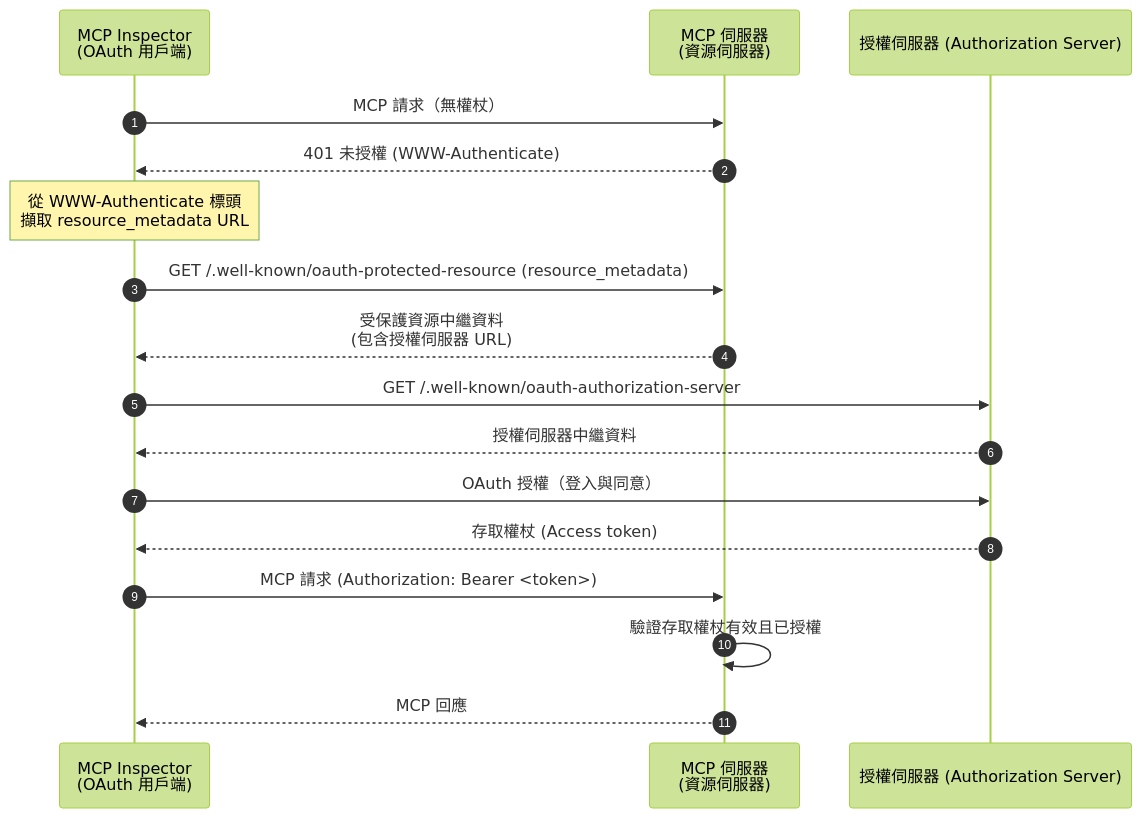
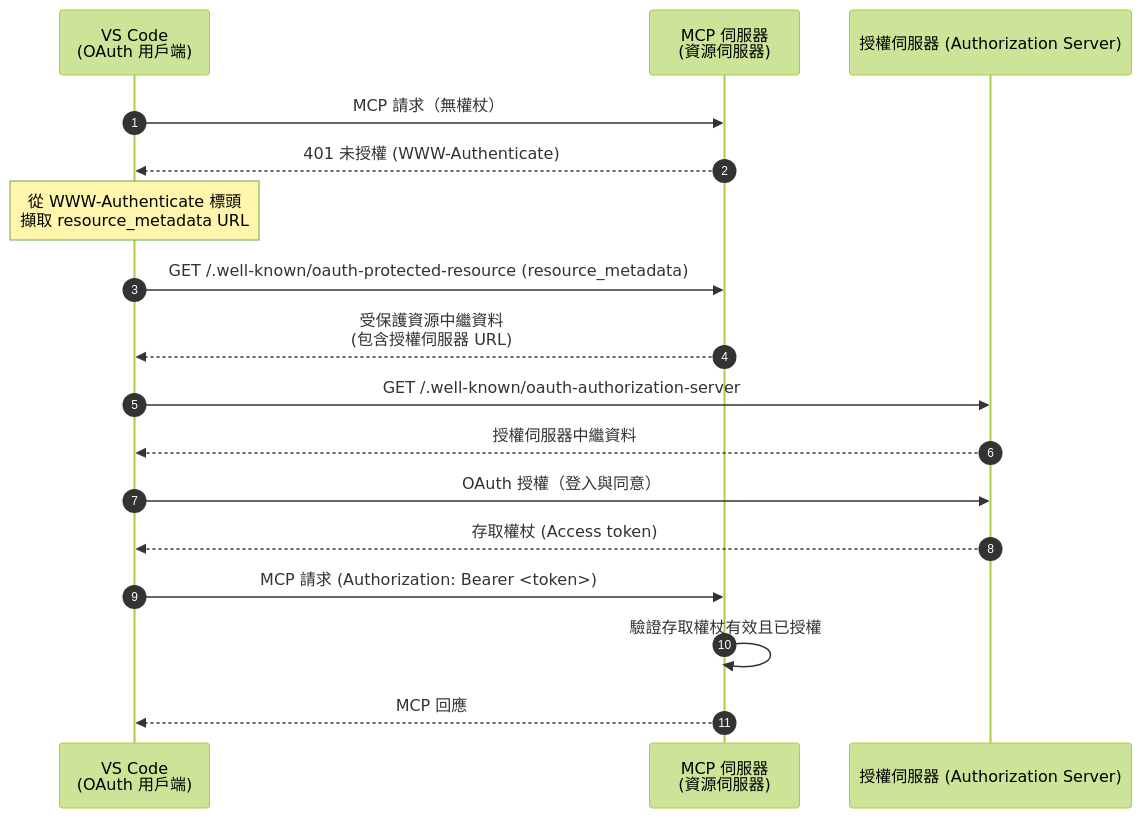
One commit to mcp-auth/docs changed the first of 2 diagrams in i18n/zh-TW/docusaurus-plugin-content-docs/current/tutorials/todo-manager/README.mdx. Above: the diagram before and after it, drawn with Mermaid (forest theme). The commit also changed other lines of this file and 18 other files, not shown here.

````diff
--- a/i18n/zh-TW/docusaurus-plugin-content-docs/current/tutorials/todo-manager/README.mdx
+++ b/i18n/zh-TW/docusaurus-plugin-content-docs/current/tutorials/todo-manager/README.mdx
@@ -39,23 +40,23 @@
 ```mermaid
 sequenceDiagram
   autonumber
-  participant Client as MCP Inspector<br/>(OAuth 用戶端)
+  participant Client as VS Code<br/>(OAuth 用戶端)
   participant RS as MCP 伺服器<br/>(資源伺服器)
   participant AS as 授權伺服器 (Authorization Server)
 
   Client->>RS: MCP 請求（無權杖）
   RS-->>Client: 401 未授權 (WWW-Authenticate)
   Note over Client: 從 WWW-Authenticate 標頭<br/>擷取 resource_metadata URL
 
   Client->>RS: GET /.well-known/oauth-protected-resource (resource_metadata)
   RS-->>Client: 受保護資源中繼資料<br/>(包含授權伺服器 URL)
 
   Client->>AS: GET /.well-known/oauth-authorization-server
   AS-->>Client: 授權伺服器中繼資料
   Client->>AS: OAuth 授權（登入與同意）
   AS-->>Client: 存取權杖 (Access token)
 
   Client->>RS: MCP 請求 (Authorization: Bearer <token>)
   RS->>RS: 驗證存取權杖有效且已授權
   RS-->>Client: MCP 回應
 ```
````
